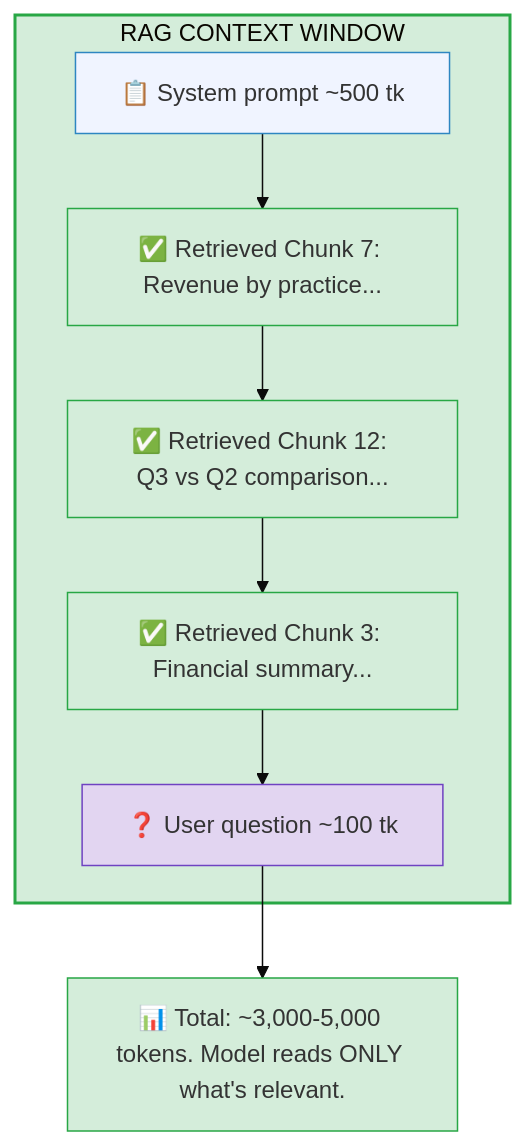
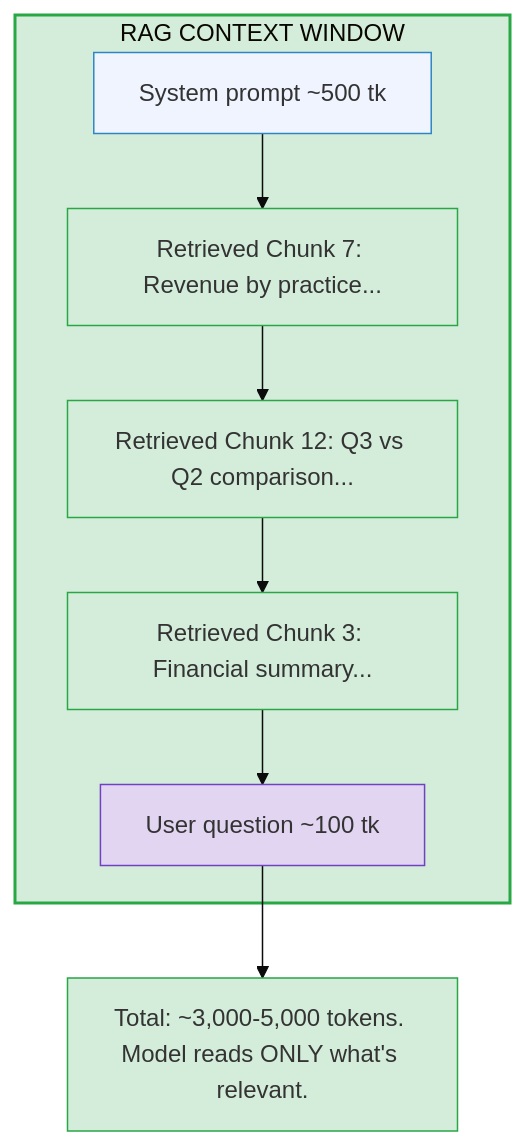
The second of 5 diagrams in docs/05-rag-vs-long-context.md (ithinktavo/GenAI-Engineering-Handbook), drawn with Mermaid (base theme) before and after one commit. The commit also changed other lines of this file and 10 other files, not shown here.

Commit message:
Diagram updates

````diff
--- a/docs/05-rag-vs-long-context.md
+++ b/docs/05-rag-vs-long-context.md
@@ -57,23 +57,23 @@
 ```mermaid
 graph TD
     subgraph RAG["RAG CONTEXT WINDOW"]
-        S["📋 System prompt ~500 tk"]
-        C7["✅ Retrieved Chunk 7: Revenue by practice..."]
-        C12["✅ Retrieved Chunk 12: Q3 vs Q2 comparison..."]
-        C3["✅ Retrieved Chunk 3: Financial summary..."]
-        UQ["❓ User question ~100 tk"]
+        S["System prompt ~500 tk"]
+        C7["Retrieved Chunk 7: Revenue by practice..."]
+        C12["Retrieved Chunk 12: Q3 vs Q2 comparison..."]
+        C3["Retrieved Chunk 3: Financial summary..."]
+        UQ["User question ~100 tk"]
 
         S --> C7 --> C12 --> C3 --> UQ
     end
 
-    T["📊 Total: ~3,000-5,000 tokens. Model reads ONLY what's relevant."]
+    T["Total: ~3,000-5,000 tokens. Model reads ONLY what's relevant."]
     UQ --> T
 
     style RAG fill:#d4edda,stroke:#28a745,stroke-width:2px
     style S fill:#f0f4ff,stroke:#2E86C1
     style C7 fill:#d4edda,stroke:#28a745
     style C12 fill:#d4edda,stroke:#28a745
     style C3 fill:#d4edda,stroke:#28a745
     style UQ fill:#e2d5f1,stroke:#6f42c1
     style T fill:#d4edda,stroke:#28a745
 ```
````
